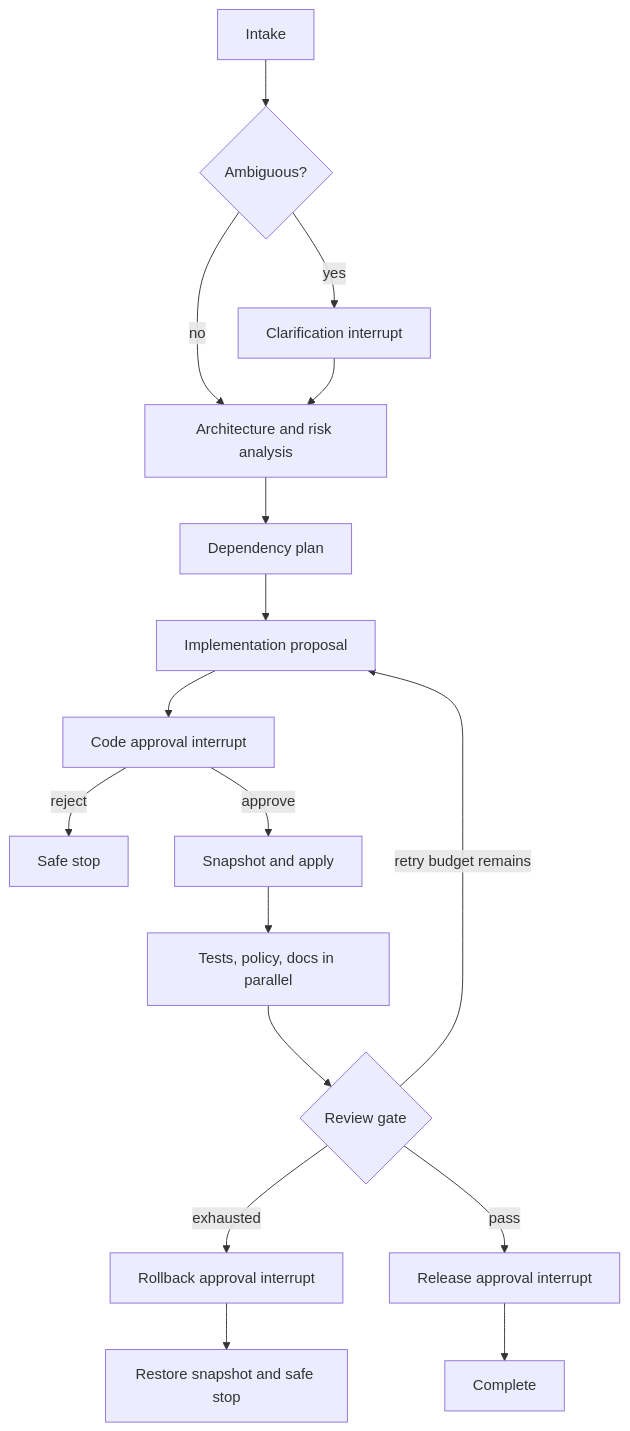
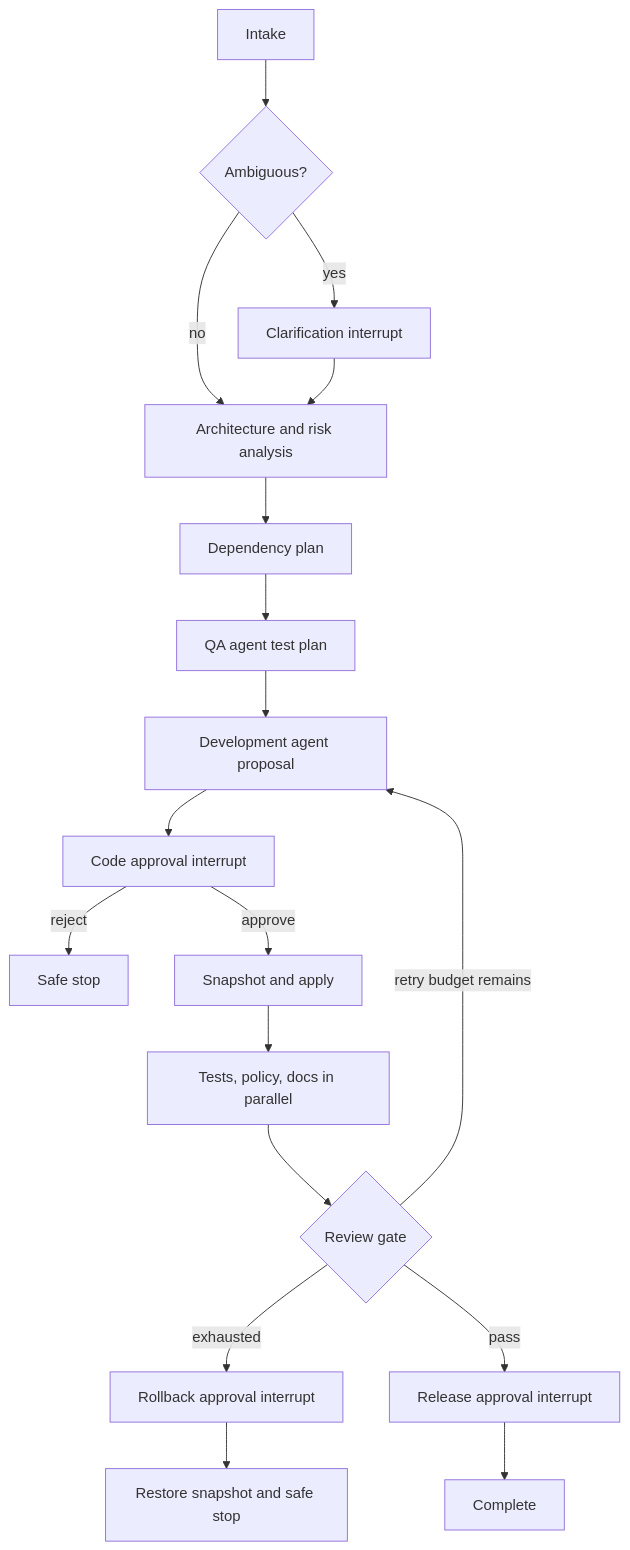
Before and after one commit to rc1208/agent-orchestration-url-shortner: the second of 2 diagrams in docs/architecture.md, drawn with Mermaid. The commit also changed other lines of this file and 4 other files, not shown here.

````diff
--- a/docs/architecture.md
+++ b/docs/architecture.md
@@ -24,19 +25,20 @@
 ```mermaid
 flowchart TD
   I[Intake] --> A{Ambiguous?}
   A -->|yes| C[Clarification interrupt]
   A -->|no| AR[Architecture and risk analysis]
   C --> AR
   AR --> P[Dependency plan]
-  P --> G[Implementation proposal]
+  P --> Q[QA agent test plan]
+  Q --> G[Development agent proposal]
   G --> H[Code approval interrupt]
   H -->|reject| S[Safe stop]
   H -->|approve| W[Snapshot and apply]
   W --> V[Tests, policy, docs in parallel]
   V --> R{Review gate}
   R -->|retry budget remains| G
   R -->|exhausted| B[Rollback approval interrupt]
   B --> RB[Restore snapshot and safe stop]
   R -->|pass| L[Release approval interrupt]
   L --> E[Complete]
 ```
````
